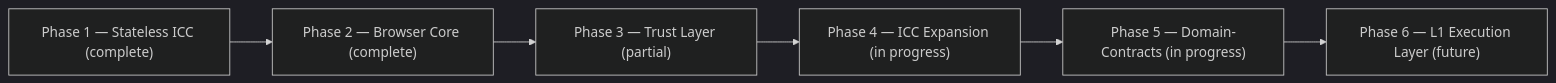
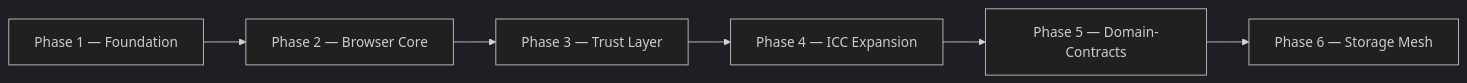
One commit to vossen90/-kaspa-browser-ktrust changed the seventh of 7 diagrams in README.md. Above: the diagram before and after it, drawn with Mermaid (dark theme). The commit also changed other lines of this file, not shown here.

````diff
--- a/README.md
+++ b/README.md
@@ -269,10 +153,10 @@
 ```mermaid
 flowchart LR
-    P1["Phase 1 — Stateless ICC (complete)"]
-    P2["Phase 2 — Browser Core (complete)"]
-    P3["Phase 3 — Trust Layer (partial)"]
-    P4["Phase 4 — ICC Expansion (in progress)"]
-    P5["Phase 5 — Domain-Contracts (in progress)"]
-    P6["Phase 6 — L1 Execution Layer (future)"]
+    P1["Phase 1 — Foundation"]
+    P2["Phase 2 — Browser Core"]
+    P3["Phase 3 — Trust Layer"]
+    P4["Phase 4 — ICC Expansion"]
+    P5["Phase 5 — Domain-Contracts"]
+    P6["Phase 6 — Storage Mesh"]
     P1 --> P2 --> P3 --> P4 --> P5 --> P6
 ```
````
